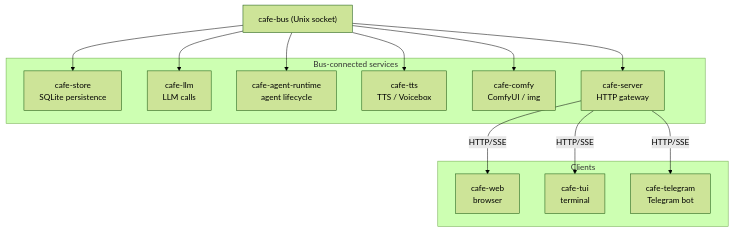
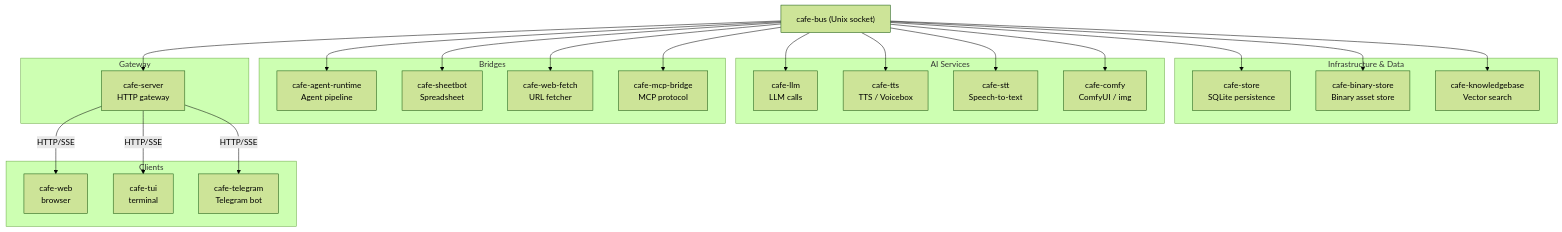
Before and after one commit to jorisvddonk/ObservableCAFEv2: the first of 3 diagrams in docs/architecture.md, drawn with Mermaid (forest theme). The commit also changed other lines of this file and 3 other files, not shown here.

Commit message:
docs: update core architecture docs and binary-ref status

````diff
--- a/docs/architecture.md
+++ b/docs/architecture.md
@@ -9,30 +9,51 @@
 ```mermaid
 graph TB
     bus["cafe-bus (Unix socket)"]
 
-    subgraph "Bus-connected services"
+    subgraph "Infrastructure & Data"
         store[cafe-store<br/>SQLite persistence]
+        bstore[cafe-binary-store<br/>Binary asset store]
+        kb[cafe-knowledgebase<br/>Vector search]
+    end
+
+    subgraph "AI Services"
         llm[cafe-llm<br/>LLM calls]
-        agent[cafe-agent-runtime<br/>agent lifecycle]
         tts[cafe-tts<br/>TTS / Voicebox]
+        stt[cafe-stt<br/>Speech-to-text]
         comfy[cafe-comfy<br/>ComfyUI / img]
+    end
+
+    subgraph "Bridges"
+        agent[cafe-agent-runtime<br/>Agent pipeline]
+        sheet[cafe-sheetbot<br/>Spreadsheet]
+        fetch[cafe-web-fetch<br/>URL fetcher]
+        mcp[cafe-mcp-bridge<br/>MCP protocol]
+    end
+
+    subgraph "Gateway"
         server[cafe-server<br/>HTTP gateway]
     end
 
     bus --> store
+    bus --> bstore
+    bus --> kb
     bus --> llm
+    bus --> tts
+    bus --> stt
+    bus --> comfy
     bus --> agent
-    bus --> tts
-    bus --> comfy
+    bus --> sheet
+    bus --> fetch
+    bus --> mcp
     bus --> server
 
     subgraph "Clients"
         web[cafe-web<br/>browser]
         tui[cafe-tui<br/>terminal]
         tg[cafe-telegram<br/>Telegram bot]
     end
 
     server -- HTTP/SSE --> web
     server -- HTTP/SSE --> tui
     server -- HTTP/SSE --> tg
 ```
````
